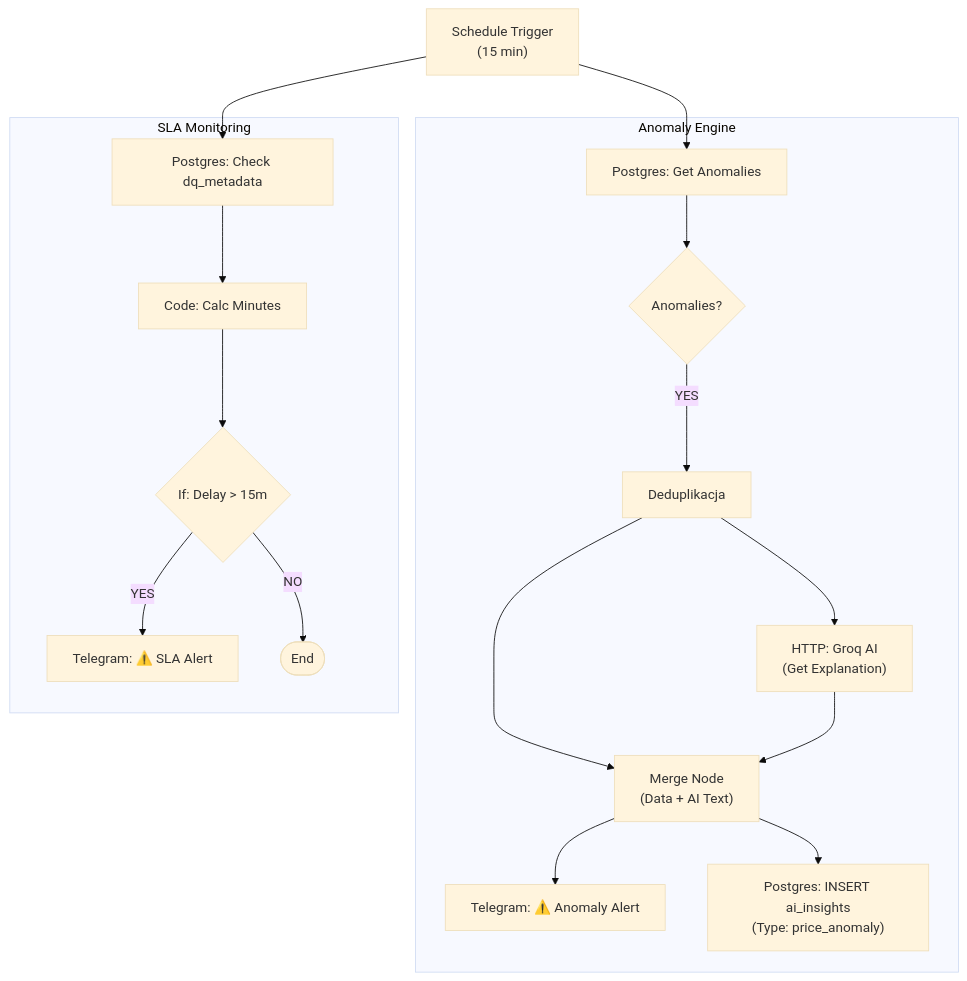
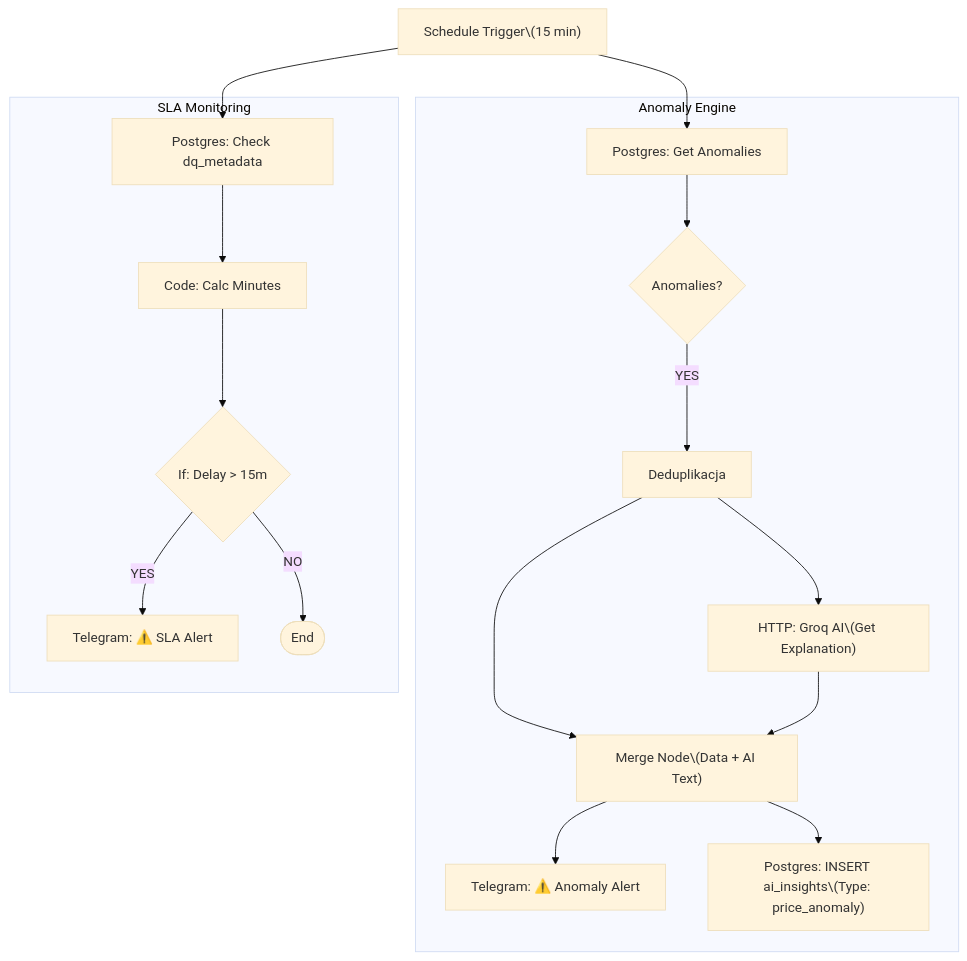
The fifth of 6 diagrams in N8N_SETUP_AND_ARCHITECTURE.md (shopatomek/Projekt5), drawn with Mermaid (base theme) before and after one commit. The commit also changed other lines of this file, not shown here.

````diff
--- a/N8N_SETUP_AND_ARCHITECTURE.md
+++ b/N8N_SETUP_AND_ARCHITECTURE.md
@@ -182,25 +182,25 @@
 ```mermaid
 flowchart TD
-    START["Schedule Trigger\n(15 min)"] --> P_ANOM["Postgres: Get Anomalies"]
+    START["Schedule Trigger\(15 min)"] --> P_ANOM["Postgres: Get Anomalies"]
     START --> P_FRESH["Postgres: Check dq_metadata"]
 
     subgraph Anomaly_Engine [Anomaly Engine]
         P_ANOM --> IF_A{Anomalies?}
         IF_A -->|YES| DEDUP["Deduplikacja"]
 
-        DEDUP --> AI_EXP["HTTP: Groq AI\n(Get Explanation)"]
-        DEDUP --> MERGE_A["Merge Node\n(Data + AI Text)"]
+        DEDUP --> AI_EXP["HTTP: Groq AI\(Get Explanation)"]
+        DEDUP --> MERGE_A["Merge Node\(Data + AI Text)"]
         AI_EXP --> MERGE_A
 
         %% Dwa wyjścia z Merge
         MERGE_A --> TG_ANOM["Telegram: ⚠️ Anomaly Alert"]
-        MERGE_A --> DB_SAVE["Postgres: INSERT ai_insights\n(Type: price_anomaly)"]
+        MERGE_A --> DB_SAVE["Postgres: INSERT ai_insights\(Type: price_anomaly)"]
     end
 
     subgraph Freshness_Engine [SLA Monitoring]
         P_FRESH --> CALC["Code: Calc Minutes"]
         CALC --> IF_S{"If: Delay > 15m"}
         IF_S -->|YES| TG_S["Telegram: ⚠️ SLA Alert"]
         IF_S -->|NO| END_F([End])
     end
 ```
````
